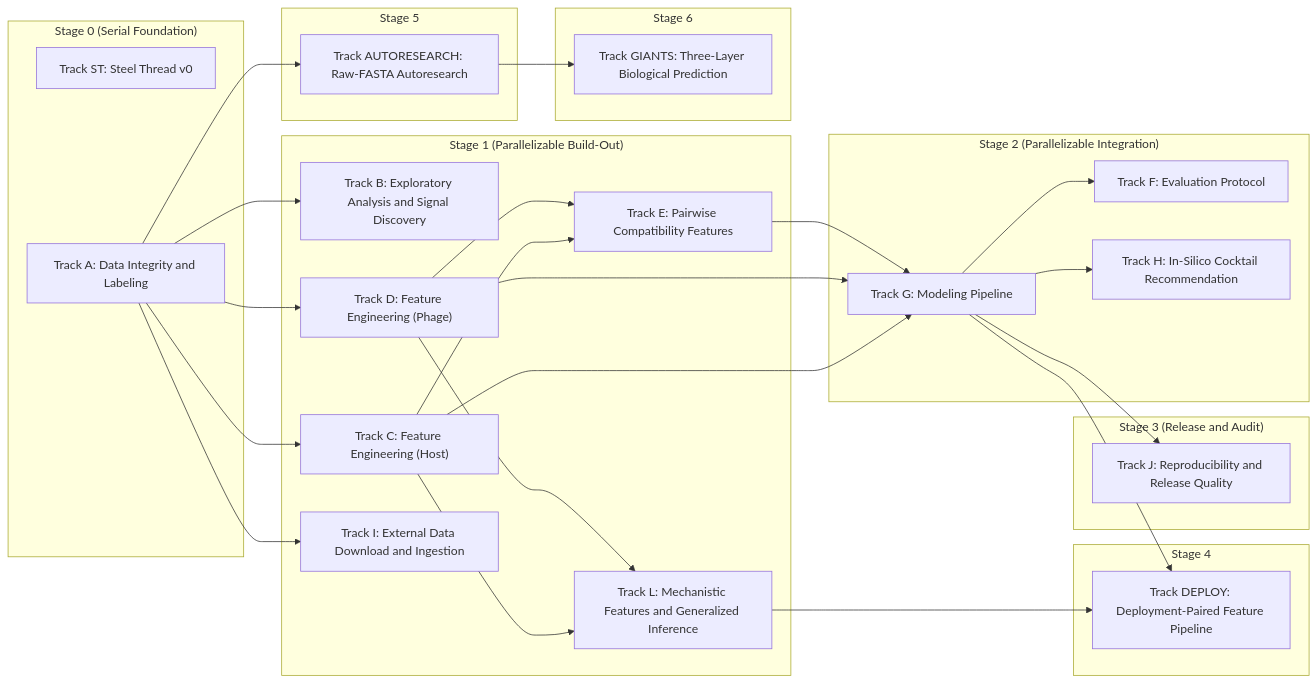
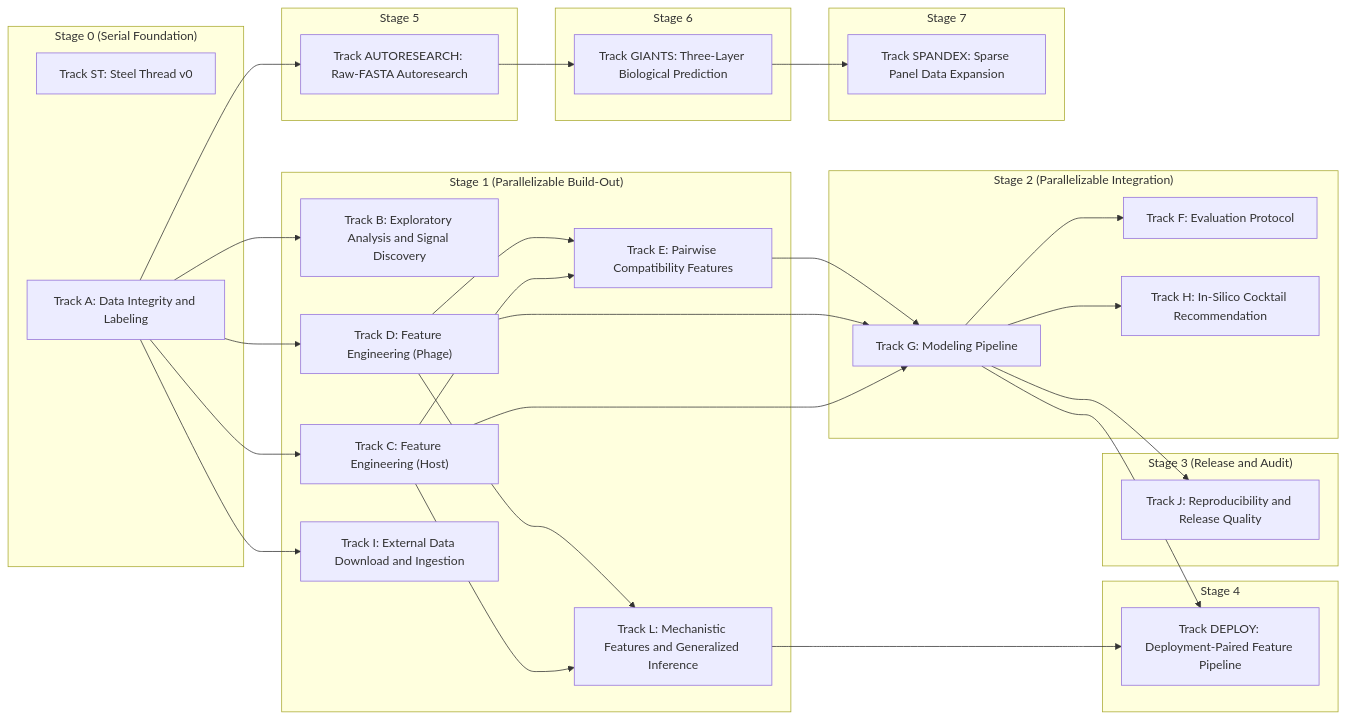
The diagram in lyzortx/research_notes/PLAN.md (LyzorTx/coli_phage_interactions_2023), drawn with Mermaid before and after one commit. The commit also changed other lines of this file and 4 other files, not shown here.

First line of the commit message:
Add Track SPANDEX: sparse panel data expansion with graded evaluation

````diff
--- a/lyzortx/research_notes/PLAN.md
+++ b/lyzortx/research_notes/PLAN.md
@@ -7,57 +7,62 @@
 ```mermaid
 graph LR
   subgraph s0["Stage 0 (Serial Foundation)"]
     tst["Track ST: Steel Thread v0"]
     ta["Track A: Data Integrity and Labeling"]
   end
 
   subgraph s1["Stage 1 (Parallelizable Build-Out)"]
     tb["Track B: Exploratory Analysis and Signal Discovery"]
     tc["Track C: Feature Engineering (Host)"]
     td["Track D: Feature Engineering (Phage)"]
     te["Track E: Pairwise Compatibility Features"]
     ti["Track I: External Data Download and Ingestion"]
     tl["Track L: Mechanistic Features and Generalized Inference"]
   end
 
   subgraph s2["Stage 2 (Parallelizable Integration)"]
     tf["Track F: Evaluation Protocol"]
     tg["Track G: Modeling Pipeline"]
     th["Track H: In-Silico Cocktail Recommendation"]
   end
 
   subgraph s3["Stage 3 (Release and Audit)"]
     tj["Track J: Reproducibility and Release Quality"]
   end
 
   subgraph s4["Stage 4"]
     tdeploy["Track DEPLOY: Deployment-Paired Feature Pipeline"]
   end
 
   subgraph s5["Stage 5"]
     tautoresearch["Track AUTORESEARCH: Raw-FASTA Autoresearch"]
   end
 
   subgraph s6["Stage 6"]
     tgiants["Track GIANTS: Three-Layer Biological Prediction"]
   end
 
+  subgraph s7["Stage 7"]
+    tspandex["Track SPANDEX: Sparse Panel Data Expansion"]
+  end
+
   ta --> tb
   ta --> tc
   ta --> td
   tc --> te
   td --> te
   tg --> tf
   tc --> tg
   td --> tg
   te --> tg
   tg --> th
   ta --> ti
   tc --> tl
   td --> tl
   tg --> tj
   tl --> tdeploy
   tg --> tdeploy
   ta --> tautoresearch
   tautoresearch --> tgiants
+  tgiants --> tspandex
 ```
````
